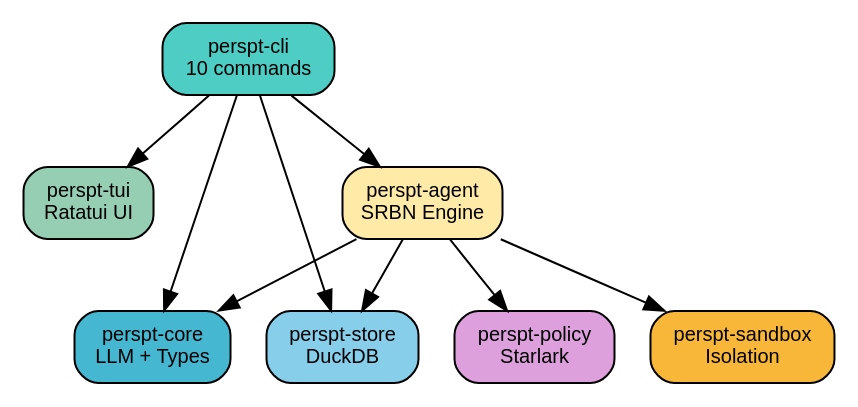
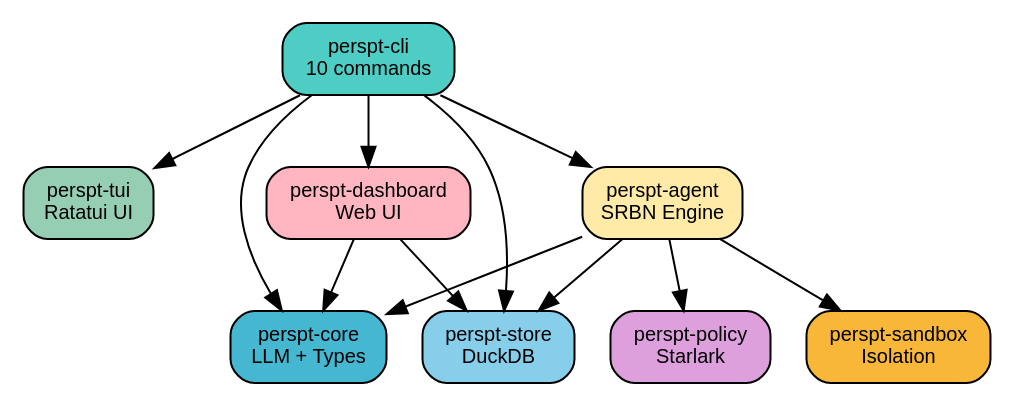
The diagram in docs/perspt_book/source/concepts/workspace-crates.rst (eonseed/perspt), drawn with Graphviz before and after one commit. The commit also changed other lines of this file and 16 other files, not shown here.

```diff
--- a/docs/perspt_book/source/concepts/workspace-crates.rst
+++ b/docs/perspt_book/source/concepts/workspace-crates.rst
@@ -9,25 +9,29 @@
 .. graphviz::
    :align: center
    :caption: Crate Dependencies
 
    digraph deps {
        rankdir=TB;
        node [shape=box, style="rounded,filled", fontname="Helvetica", fontsize=10];
 
        cli [label="perspt-cli\n10 commands", fillcolor="#4ECDC4"];
        tui [label="perspt-tui\nRatatui UI", fillcolor="#96CEB4"];
        agent [label="perspt-agent\nSRBN Engine", fillcolor="#FFEAA7"];
        core [label="perspt-core\nLLM + Types", fillcolor="#45B7D1"];
        store [label="perspt-store\nDuckDB", fillcolor="#87CEEB"];
        policy [label="perspt-policy\nStarlark", fillcolor="#DDA0DD"];
        sandbox [label="perspt-sandbox\nIsolation", fillcolor="#F8B739"];
+       dashboard [label="perspt-dashboard\nWeb UI", fillcolor="#FFB6C1"];
 
        cli -> tui;
        cli -> agent;
        cli -> core;
        cli -> store;
+       cli -> dashboard;
        agent -> core;
        agent -> store;
        agent -> policy;
        agent -> sandbox;
+       dashboard -> store;
+       dashboard -> core;
    }
```
